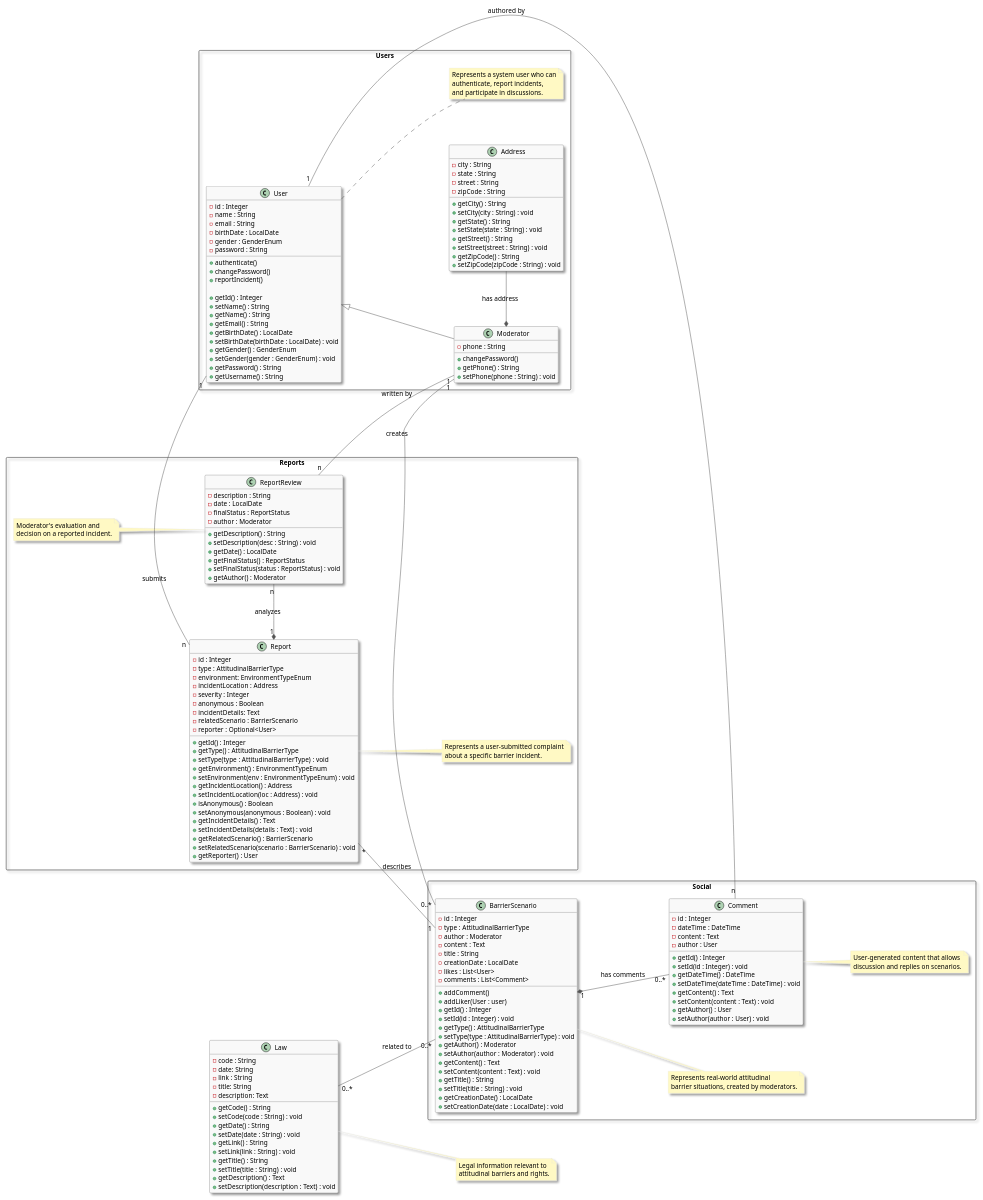
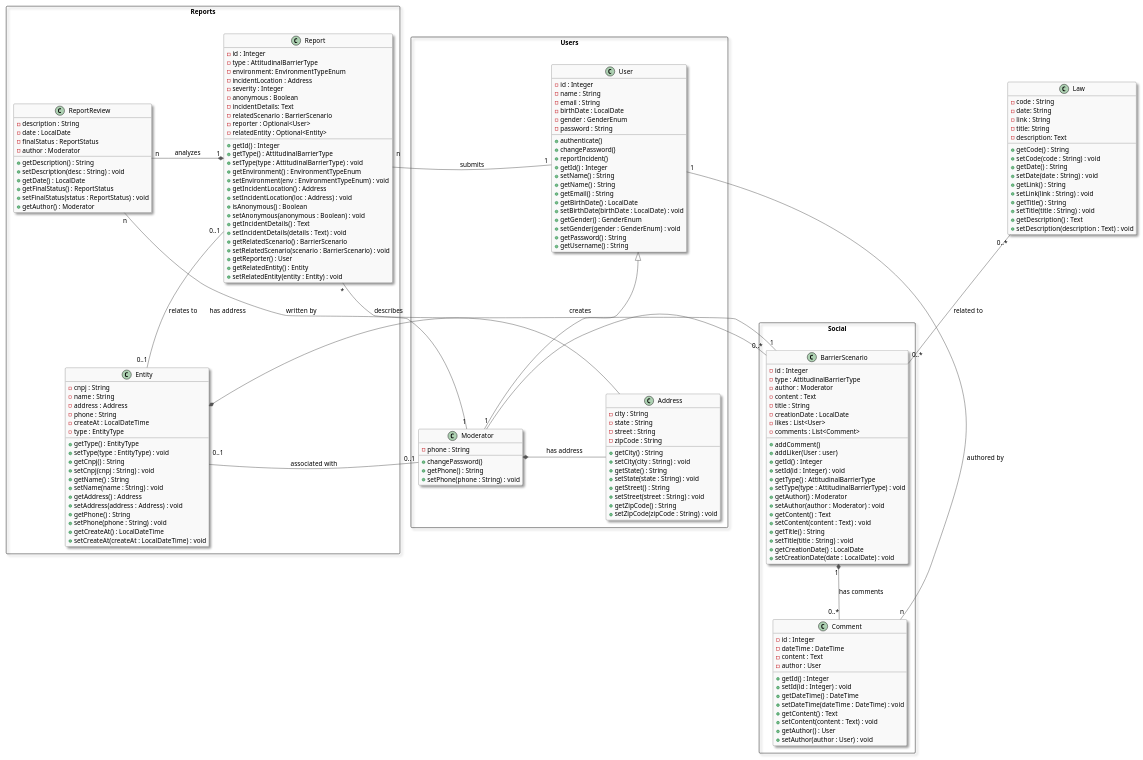
The diagram in docs/diagrams/class.puml (jaderAdriel/denuncie-barreiras), drawn with PlantUML before and after one commit.

Commit message:
Atualização do Diagrama de Classes

```diff
--- a/docs/diagrams/class.puml
+++ b/docs/diagrams/class.puml
@@ -12,7 +12,6 @@
 skinparam defaultFontName "Arial"
 skinparam defaultFontSize 14
 
-left to right direction
 
 package "Users" <<Rectangle>> {
     class User {
@@ -22,11 +21,9 @@
         - birthDate : LocalDate
         - gender : GenderEnum
         - password : String
-
         + authenticate()
         + changePassword()
         + reportIncident()
-
         + getId() : Integer
         + setName() : String
         + getName() : String
@@ -41,7 +38,6 @@
 
     class Moderator {
         - phone : String
-
         + changePassword()
         + getPhone() : String
         + setPhone(phone : String) : void
@@ -52,7 +48,6 @@
         - state : String
         - street : String
         - zipCode : String
-
         + getCity() : String
         + setCity(city : String) : void
         + getState() : String
@@ -62,12 +57,6 @@
         + getZipCode() : String
         + setZipCode(zipCode : String) : void
     }
-
-    note right of User
-        Represents a system user who can
-        authenticate, report incidents,
-        and participate in discussions.
-    end note
 }
 
 package "Social" <<Rectangle>> {
@@ -80,7 +69,6 @@
         - creationDate : LocalDate
         - likes : List<User>
         - comments : List<Comment>
-
         + addComment()
         + addLiker(User : user)
         + getId() : Integer
@@ -102,7 +90,6 @@
         - dateTime : DateTime
         - content : Text
         - author : User
-
         + getId() : Integer
         + setId(id : Integer) : void
         + getDateTime() : DateTime
@@ -112,16 +99,6 @@
         + getAuthor() : User
         + setAuthor(author : User) : void
     }
-
-    note right of BarrierScenario
-        Represents real-world attitudinal
-        barrier situations, created by moderators.
-    end note
-
-    note right of Comment
-        User-generated content that allows
-        discussion and replies on scenarios.
-    end note
 }
 
 class Law {
@@ -130,7 +107,6 @@
     - link : String
     - title: String
     - description: Text
-
     + getCode() : String
     + setCode(code : String) : void
     + getDate() : String
@@ -143,11 +119,6 @@
     + setDescription(description : Text) : void
 }
 
-note right of Law
-    Legal information relevant to
-    attitudinal barriers and rights.
-end note
-
 package "Reports" <<Rectangle>> {
     class Report {
         - id : Integer
@@ -159,7 +130,7 @@
         - incidentDetails: Text
         - relatedScenario : BarrierScenario
         - reporter : Optional<User>
-
+        - relatedEntity : Optional<Entity>
         + getId() : Integer
         + getType() : AttitudinalBarrierType
         + setType(type : AttitudinalBarrierType) : void
@@ -174,17 +145,15 @@
         + getRelatedScenario() : BarrierScenario
         + setRelatedScenario(scenario : BarrierScenario) : void
         + getReporter() : User
+        + getRelatedEntity() : Entity
+        + setRelatedEntity(entity : Entity) : void
     }
-
-
-
 
     class ReportReview {
         - description : String
         - date : LocalDate
         - finalStatus : ReportStatus
         - author : Moderator
-
         + getDescription() : String
         + setDescription(desc : String) : void
         + getDate() : LocalDate
@@ -193,34 +162,39 @@
         + getAuthor() : Moderator
     }
 
-    note right of Report
-        Represents a user-submitted complaint
-        about a specific barrier incident.
-    end note
-
-
-
-    note left of ReportReview
-        Moderator's evaluation and
-        decision on a reported incident.
-    end note
+    class Entity {
+        - cnpj : String
+        - name : String
+        - address : Address
+        - phone : String
+        - createAt : LocalDateTime
+        - type : EntityType
+        + getType() : EntityType
+        + setType(type : EntityType) : void
+        + getCnpj() : String
+        + setCnpj(cnpj : String) : void
+        + getName() : String
+        + setName(name : String) : void
+        + getAddress() : Address
+        + setAddress(address : Address) : void
+        + getPhone() : String
+        + setPhone(phone : String) : void
+        + getCreateAt() : LocalDateTime
+        + setCreateAt(createAt : LocalDateTime) : void
+    }
 }
 
-' Inheritance and relationships
 User <|-- Moderator
-
 User "1" -- "n" Report : "submits"
-
 ReportReview "n" -- "1" Moderator : "written by"
 ReportReview "n" -* "1" Report : "analyzes"
-
 Comment "n" -- "1" User : "authored by"
-
 Moderator *- Address : "has address"
 Moderator "1" -- "0..*" BarrierScenario : "creates"
-
 Report "*" -- "1" BarrierScenario : "describes"
 BarrierScenario "1" *-- "0..*" Comment : "has comments"
 Law "0..*" -- "0..*" BarrierScenario : "related to"
-
+Report "0..1" -- "0..1" Entity : "relates to"
+Entity *- Address : "has address"
+Moderator "0..1" -- "0..1" Entity : "associated with"
 @enduml
```
